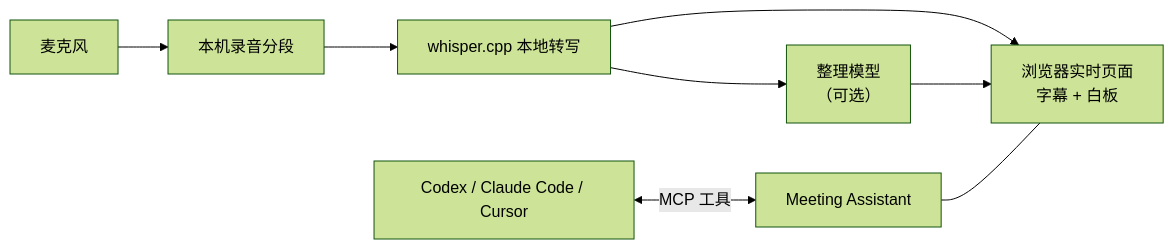
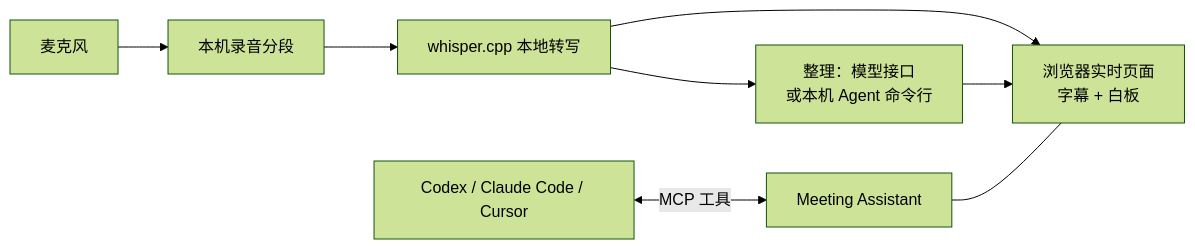
The diagram in plugins/meeting-assistant-windows/README.md (JacobeanJiang/meeting-plugin), drawn with Mermaid (forest theme) before and after one commit. The commit also changed other lines of this file and 32 other files, not shown here.

Commit message:
Meeting Assistant 1.3.0: every agent session can use the meeting tools; the local agent CLI organises the board without an API key; compact board and page for narrow side browsers; mind map by default

````diff
--- a/plugins/meeting-assistant-windows/README.md
+++ b/plugins/meeting-assistant-windows/README.md
@@ -22,8 +22,8 @@
 ```mermaid
 flowchart LR
   Mic["麦克风"] --> Rec["本机录音分段"] --> ASR["whisper.cpp 本地转写"]
   ASR --> Page["浏览器实时页面<br/>字幕 + 白板"]
-  ASR --> LLM["整理模型<br/>（可选）"] --> Page
+  ASR --> LLM["整理：模型接口<br/>或本机 Agent 命令行"] --> Page
   Agent["Codex / Claude Code / Cursor"] <-->|"MCP 工具"| Server["Meeting Assistant"]
   Server --- Page
 ```
````
